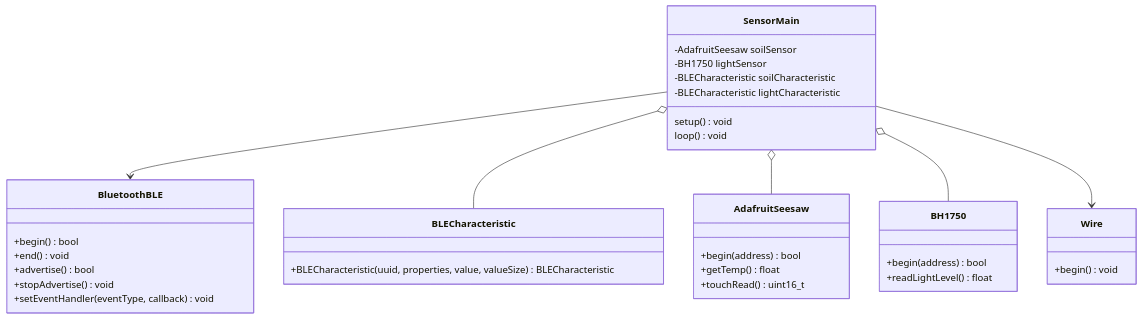
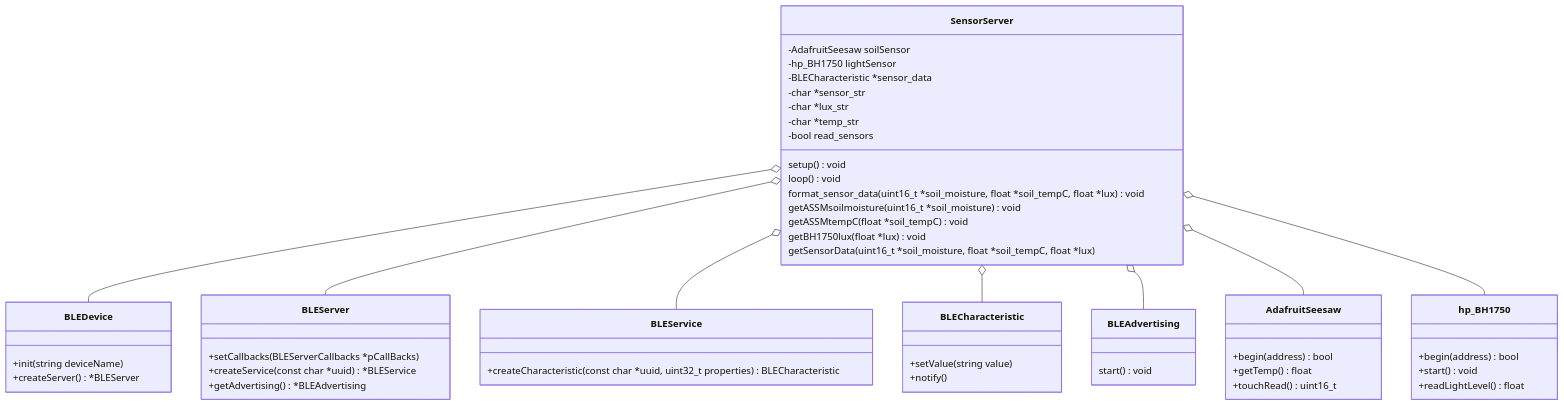
One commit to Capstone-Projects-2023-Fall/project-garden-sensor-array changed the diagram in documentation/docs/system-architecture/class_diagrams.md. Above: the diagram before and after it, drawn with Mermaid. The commit also changed other lines of this file, not shown here.

Commit message:
Changes to the class diagram for the sensors

````diff
--- a/documentation/docs/system-architecture/class_diagrams.md
+++ b/documentation/docs/system-architecture/class_diagrams.md
@@ -19,44 +19,63 @@
 ```mermaid
 classDiagram
-    SensorMain --> BluetoothBLE
-    SensorMain o-- BLECharacteristic 
-    SensorMain o-- AdafruitSeesaw
-    SensorMain o-- BH1750
-    SensorMain --> Wire
+    SensorServer o-- BLEDevice
+    SensorServer o-- BLEServer
+    SensorServer o-- BLEService
+    SensorServer o-- BLECharacteristic
+    SensorServer o-- BLEAdvertising
+    SensorServer o-- AdafruitSeesaw
+    SensorServer o-- hp_BH1750
     
-    class SensorMain{
+    class SensorServer{
         -AdafruitSeesaw soilSensor
-        -BH1750 lightSensor
-        -BLECharacteristic soilCharacteristic
-        -BLECharacteristic lightCharacteristic
+        -hp_BH1750 lightSensor
+        -BLECharacteristic *sensor_data
+        -char *sensor_str
+        -char *lux_str
+        -char *temp_str
+        -bool read_sensors
         setup() void
         loop() void
+        format_sensor_data(uint16_t *soil_moisture, float *soil_tempC, float *lux) void
+        getASSMsoilmoisture(uint16_t *soil_moisture) void
+        getASSMtempC(float *soil_tempC) void
+        getBH1750lux(float *lux) void
+        getSensorData(uint16_t *soil_moisture, float *soil_tempC, float *lux)
     }
 
-    class BluetoothBLE{
-        +begin() bool
-        +end() void
-        +advertise() bool
-        +stopAdvertise() void
-        +setEventHandler(eventType, callback) void
+    class BLEServer{
+        +setCallbacks(BLEServerCallbacks *pCallBacks)
+        +createService(const char *uuid) *BLEService
+        +getAdvertising() *BLEAdvertising
+    }
+
+    class BLEDevice{
+        +init(string deviceName)
+        +createServer() *BLEServer
+    }
+
+    class BLEService{
+        +createCharacteristic(const char *uuid, uint32_t properties) BLECharacteristic
     }
 
     class BLECharacteristic{
-        +BLECharacteristic(uuid, properties, value, valueSize) BLECharacteristic
+        +setValue(string value)
+        +notify()
+    }
+
+    class BLEAdvertising{
+        start() void
     }
 
     class AdafruitSeesaw{
         +begin(address) bool
         +getTemp() float
         +touchRead() uint16_t
     }
 
-    class BH1750{
+    class hp_BH1750{
         +begin(address) bool
+        +start() void
         +readLightLevel() float
     }
-
-    class Wire{
-        +begin() void
-    }
 ```
````
